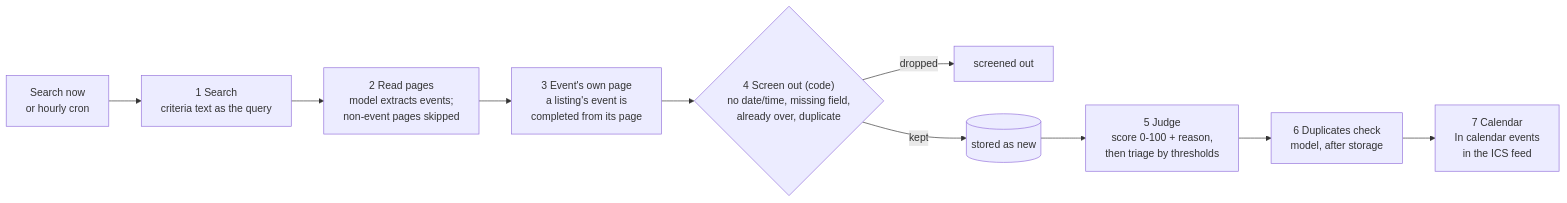
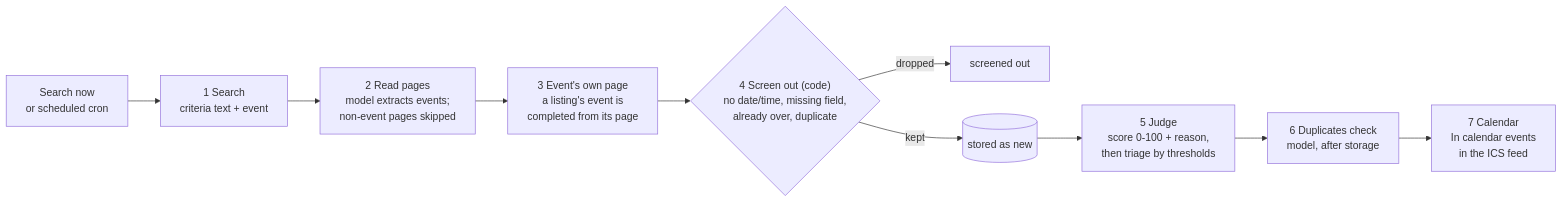
Before and after one commit to alexisdacquay/sail-event: the diagram in _docs/architecture.md, drawn with Mermaid. The commit also changed other lines of this file and 80 other files, not shown here.

````diff
--- a/_docs/architecture.md
+++ b/_docs/architecture.md
@@ -59,12 +84,12 @@
 ```mermaid
 flowchart LR
-    T["Search now<br/>or hourly cron"] --> S["1 Search<br/>criteria text as the query"]
+    T["Search now<br/>or scheduled cron"] --> S["1 Search<br/>criteria text + event"]
     S --> R["2 Read pages<br/>model extracts events;<br/>non-event pages skipped"]
     R --> H["3 Event's own page<br/>a listing's event is<br/>completed from its page"]
     H --> X{"4 Screen out (code)<br/>no date/time, missing field,<br/>already over, duplicate"}
     X -- dropped --> O1["screened out"]
     X -- kept --> DB[("stored as new")]
     DB --> J["5 Judge<br/>score 0-100 + reason,<br/>then triage by thresholds"]
     J --> D["6 Duplicates check<br/>model, after storage"]
     D --> C["7 Calendar<br/>In calendar events<br/>in the ICS feed"]
 ```
````
